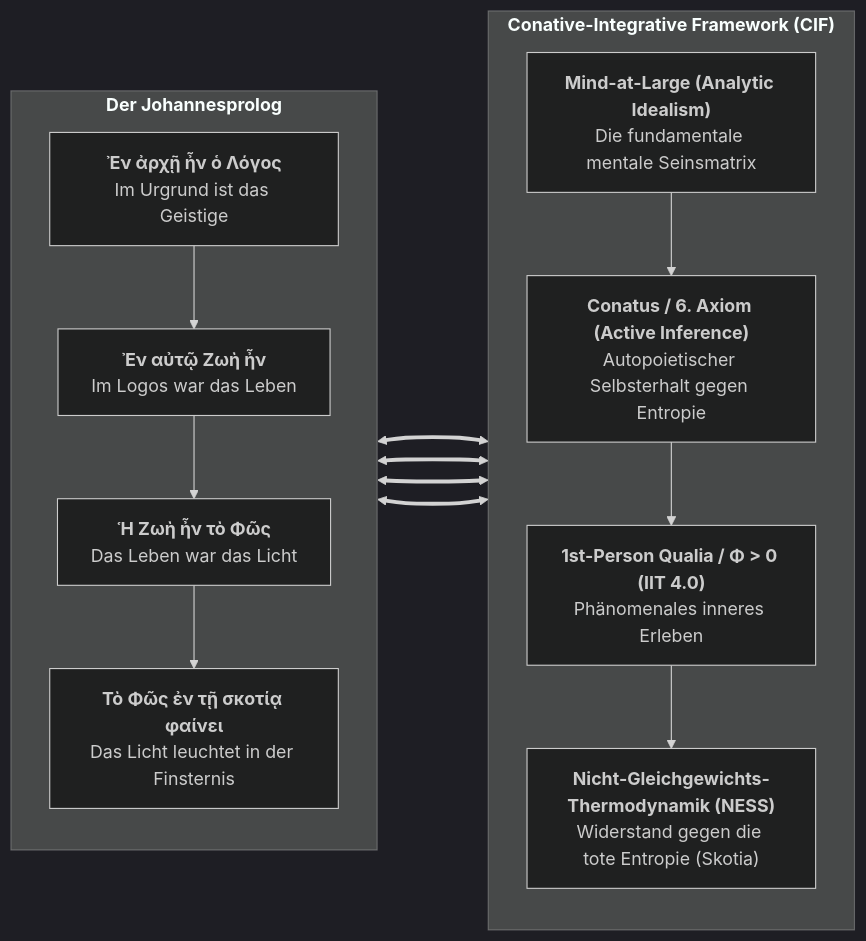
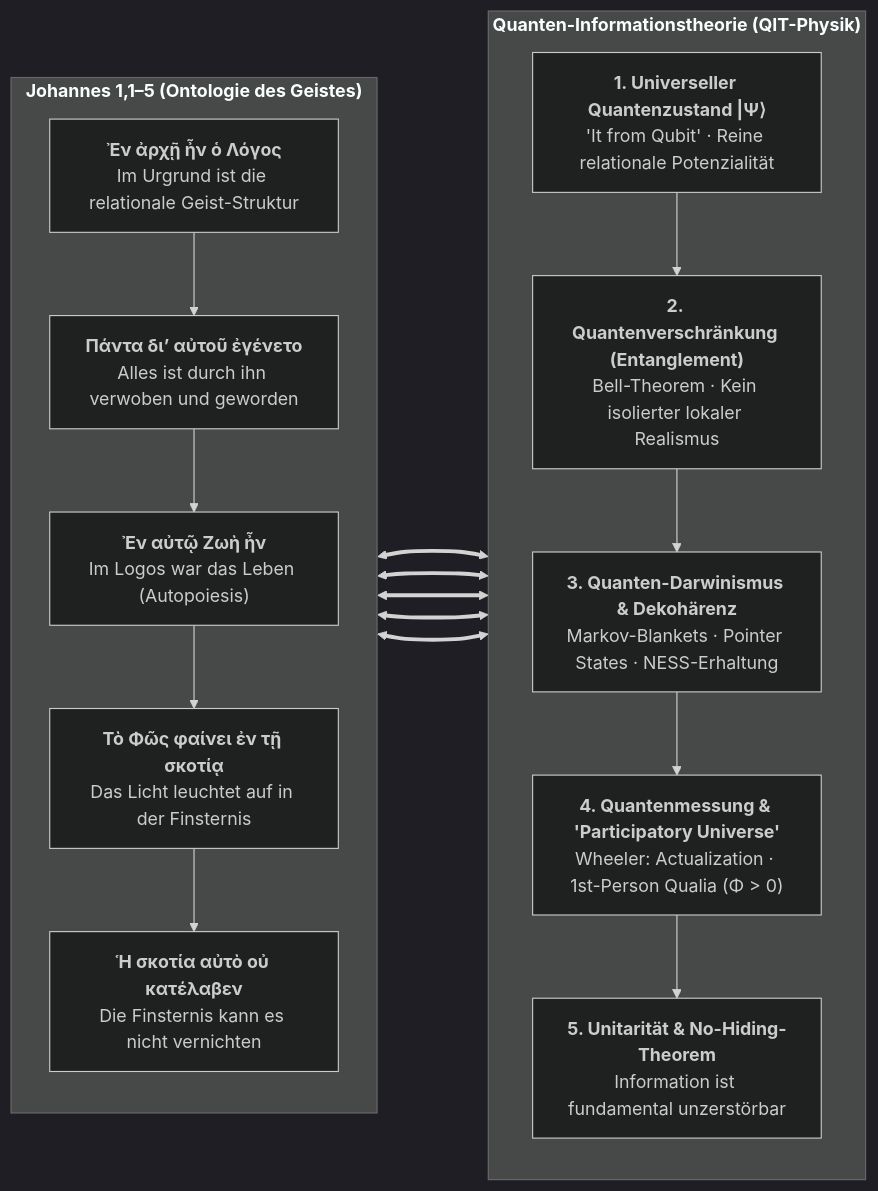
Before and after one commit to Thriebl/active-inference-phi-network: the second of 2 diagrams in docs/2026-09-05-johannes-1-1-5-logos-interlinear-und-philosophie.md, drawn with Mermaid (dark theme). The commit also changed other lines of this file and 2 other files, not shown here.

Commit message:
docs: expand Johannes 1:1-5 Logos treatise with Quantum Information Theory (QIT) synthesis and recompile PDF/DOCX

````diff
--- a/docs/2026-09-05-johannes-1-1-5-logos-interlinear-und-philosophie.md
+++ b/docs/2026-09-05-johannes-1-1-5-logos-interlinear-und-philosophie.md
@@ -150,25 +104,28 @@
 ```mermaid
 flowchart LR
-    subgraph JOHANNES["<b>Der Johannesprolog</b>"]
+    subgraph JOHANNES["<b>Johannes 1,1–5 (Ontologie des Geistes)</b>"]
         direction TB
-        J1["<b>Ἐν ἀρχῇ ἦν ὁ Λόγος</b><br>Im Urgrund ist das Geistige"]
-        J2["<b>Ἐν αὐτῷ Ζωὴ ἦν</b><br>Im Logos war das Leben"]
-        J3["<b>Ἡ Ζωὴ ἦν τὸ Φῶς</b><br>Das Leben war das Licht"]
-        J4["<b>Τὸ Φῶς ἐν τῇ σκοτίᾳ φαίνει</b><br>Das Licht leuchtet in der Finsternis"]
-        J1 --> J2 --> J3 --> J4
+        J1["<b>Ἐν ἀρχῇ ἦν ὁ Λόγος</b><br>Im Urgrund ist die relationale Geist-Struktur"]
+        J2["<b>Πάντα δι’ αὐτοῦ ἐγένετο</b><br>Alles ist durch ihn verwoben und geworden"]
+        J3["<b>Ἐν αὐτῷ Ζωὴ ἦν</b><br>Im Logos war das Leben (Autopoiesis)"]
+        J4["<b>Τὸ Φῶς φαίνει ἐν τῇ σκοτίᾳ</b><br>Das Licht leuchtet auf in der Finsternis"]
+        J5["<b>Ἡ σκοτία αὐτὸ οὐ κατέλαβεν</b><br>Die Finsternis kann es nicht vernichten"]
+        J1 --> J2 --> J3 --> J4 --> J5
     end
     
-    subgraph CIF["<b>Conative-Integrative Framework (CIF)</b>"]
+    subgraph QIT["<b>Quanten-Informationstheorie (QIT-Physik)</b>"]
         direction TB
-        C1["<b>Mind-at-Large (Analytic Idealism)</b><br>Die fundamentale mentale Seinsmatrix"]
-        C2["<b>Conatus / 6. Axiom (Active Inference)</b><br>Autopoietischer Selbsterhalt gegen Entropie"]
-        C3["<b>1st-Person Qualia / Φ > 0 (IIT 4.0)</b><br>Phänomenales inneres Erleben"]
-        C4["<b>Nicht-Gleichgewichts-Thermodynamik (NESS)</b><br>Widerstand gegen die tote Entropie (Skotia)"]
-        C1 --> C2 --> C3 --> C4
+        Q1["<b>1. Universeller Quantenzustand |Ψ⟩</b><br>'It from Qubit' · Reine relationale Potenzialität"]
+        Q2["<b>2. Quantenverschränkung (Entanglement)</b><br>Bell-Theorem · Kein isolierter lokaler Realismus"]
+        Q3["<b>3. Quanten-Darwinismus & Dekohärenz</b><br>Markov-Blankets · Pointer States · NESS-Erhaltung"]
+        Q4["<b>4. Quantenmessung & 'Participatory Universe'</b><br>Wheeler: Actualization · 1st-Person Qualia (Φ > 0)"]
+        Q5["<b>5. Unitarität & No-Hiding-Theorem</b><br>Information ist fundamental unzerstörbar"]
+        Q1 --> Q2 --> Q3 --> Q4 --> Q5
     end
     
-    J1 <===> C1
-    J2 <===> C2
-    J3 <===> C3
-    J4 <===> C4
+    J1 <===> Q1
+    J2 <===> Q2
+    J3 <===> Q3
+    J4 <===> Q4
+    J5 <===> Q5
 ```
````
